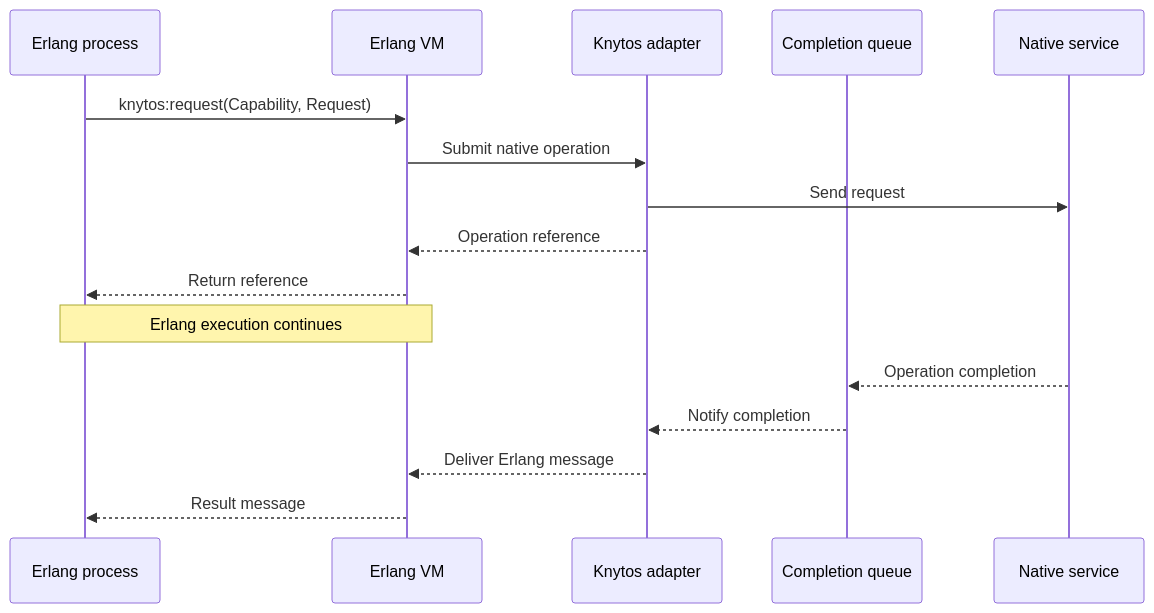
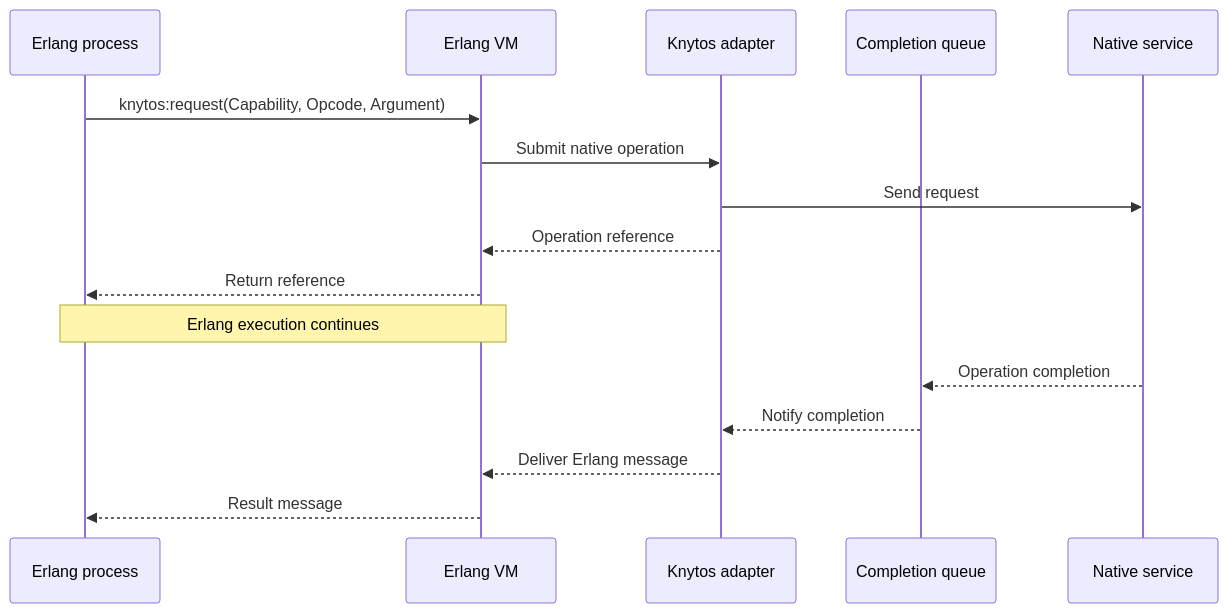
One commit to FrodeRanders/knytos changed the second of 8 diagrams in docs/plans/erlang-runtime-port.md. Above: the diagram before and after it, drawn with Mermaid. The commit also changed other lines of this file and 25 other files, not shown here.

````diff
--- a/docs/plans/erlang-runtime-port.md
+++ b/docs/plans/erlang-runtime-port.md
@@ -1319,19 +1309,19 @@
 ```mermaid
 sequenceDiagram
     participant E as Erlang process
     participant V as Erlang VM
     participant A as Knytos adapter
     participant Q as Completion queue
     participant S as Native service
 
-    E->>V: knytos:request(Capability, Request)
+    E->>V: knytos:request(Capability, Opcode, Argument)
     V->>A: Submit native operation
     A->>S: Send request
     A-->>V: Operation reference
     V-->>E: Return reference
     Note over E,V: Erlang execution continues
     S-->>Q: Operation completion
     Q-->>A: Notify completion
     A-->>V: Deliver Erlang message
     V-->>E: Result message
 ```
````
